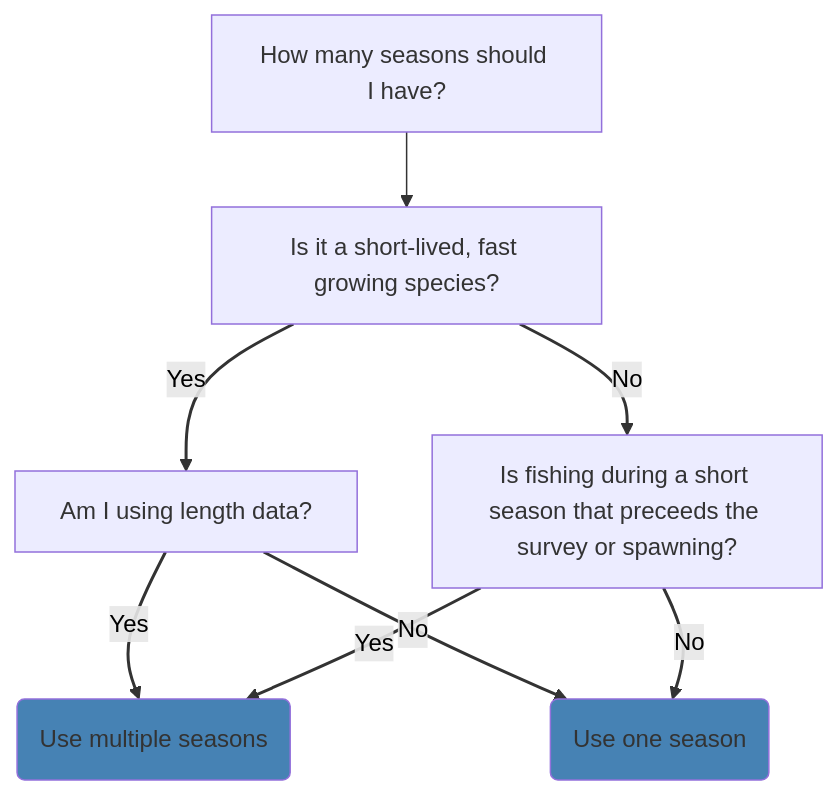
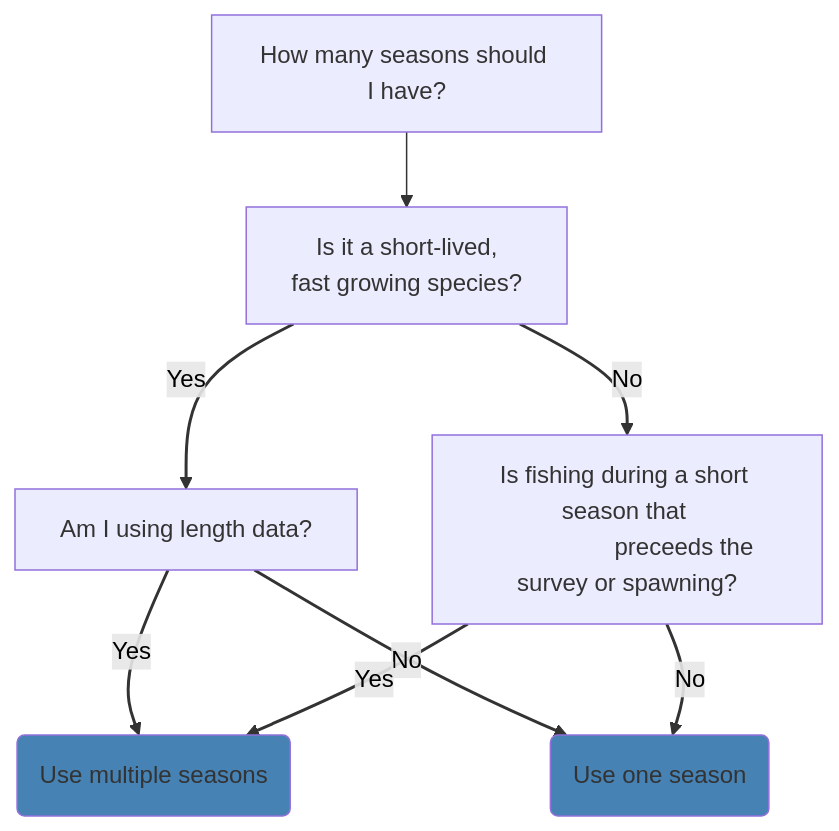
Before and after one commit to nmfs-ost/ss3-website: the second of 6 diagrams in website/qmds/ss3_setup_decisions.qmd, drawn with Mermaid. The commit also changed other lines of this file and 1 other file, not shown here.

````diff
--- a/website/qmds/ss3_setup_decisions.qmd
+++ b/website/qmds/ss3_setup_decisions.qmd
@@ -26,13 +27,15 @@
 ```{mermaid}
 flowchart TB
-    A["How many seasons should I have?"] --> B["Is it a short-lived, fast growing species?"]
+    A["How many seasons should I have?"] --> B["Is it a short-lived, 
+                                                fast growing species?"]
     B -- Yes --> C["Am I using length data?"]
     C --Yes --> D("Use multiple seasons")
     C -- No --> E("Use one season")
-    B -- No --> F["Is fishing during a short season that preceeds the survey or spawning?"]
+    B -- No --> F["Is fishing during a short season that 
+                  preceeds the survey or spawning?"]
     F -- Yes --> D
     F -- No --> E
     linkStyle 1,2,3,4,5,6 stroke-width:2px,color:black
     style D fill:steelblue
     style E fill:steelblue
 ```
````
